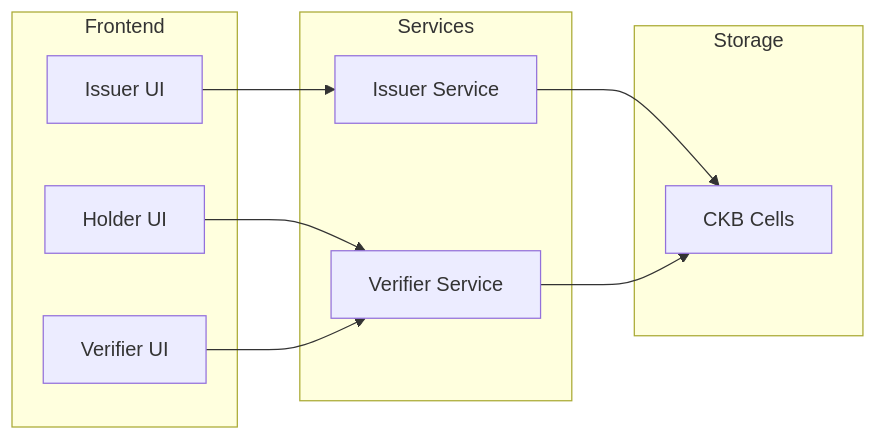
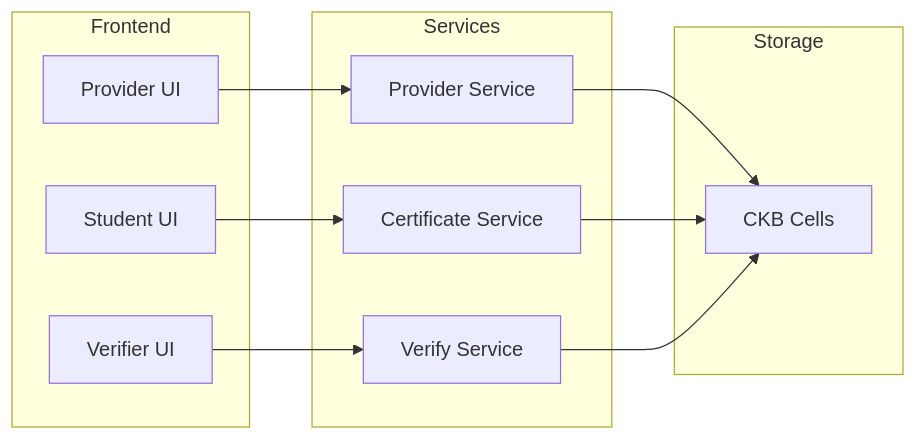
Before and after one commit to hiepthach/CertifyCKB: the second of 12 diagrams in Design_spec/Implementation_Architecture.md, drawn with Mermaid. The commit also changed other lines of this file and 2 other files, not shown here.

First line of the commit message:
refactor: Update project schedule and deliverables for CKB Credential Registry

````diff
--- a/Design_spec/Implementation_Architecture.md
+++ b/Design_spec/Implementation_Architecture.md
@@ -152,23 +116,25 @@
 ```mermaid
 graph LR
     subgraph Frontend
-        ISSUER_UI["Issuer UI"]
-        HOLDER_UI["Holder UI"]
-        VERIFIER_UI["Verifier UI"]
+        PROVIDER["Provider UI"]
+        STUDENT["Student UI"]
+        VERIFIER["Verifier UI"]
     end
 
     subgraph Services
-        ISSUER_SVC["Issuer Service"]
-        VERIFIER_SVC["Verifier Service"]
+        PROVIDER_SVC["Provider Service"]
+        CERT_SVC["Certificate Service"]
+        VERIFY_SVC["Verify Service"]
     end
 
     subgraph Storage
         CKB["CKB Cells"]
     end
 
-    ISSUER_UI --> ISSUER_SVC
-    ISSUER_SVC --> CKB
-    HOLDER_UI --> VERIFIER_SVC
-    VERIFIER_SVC --> CKB
-    VERIFIER_UI --> VERIFIER_SVC
+    PROVIDER --> PROVIDER_SVC
+    PROVIDER_SVC --> CKB
+    STUDENT --> CERT_SVC
+    CERT_SVC --> CKB
+    VERIFIER --> VERIFY_SVC
+    VERIFY_SVC --> CKB
 ```
````
